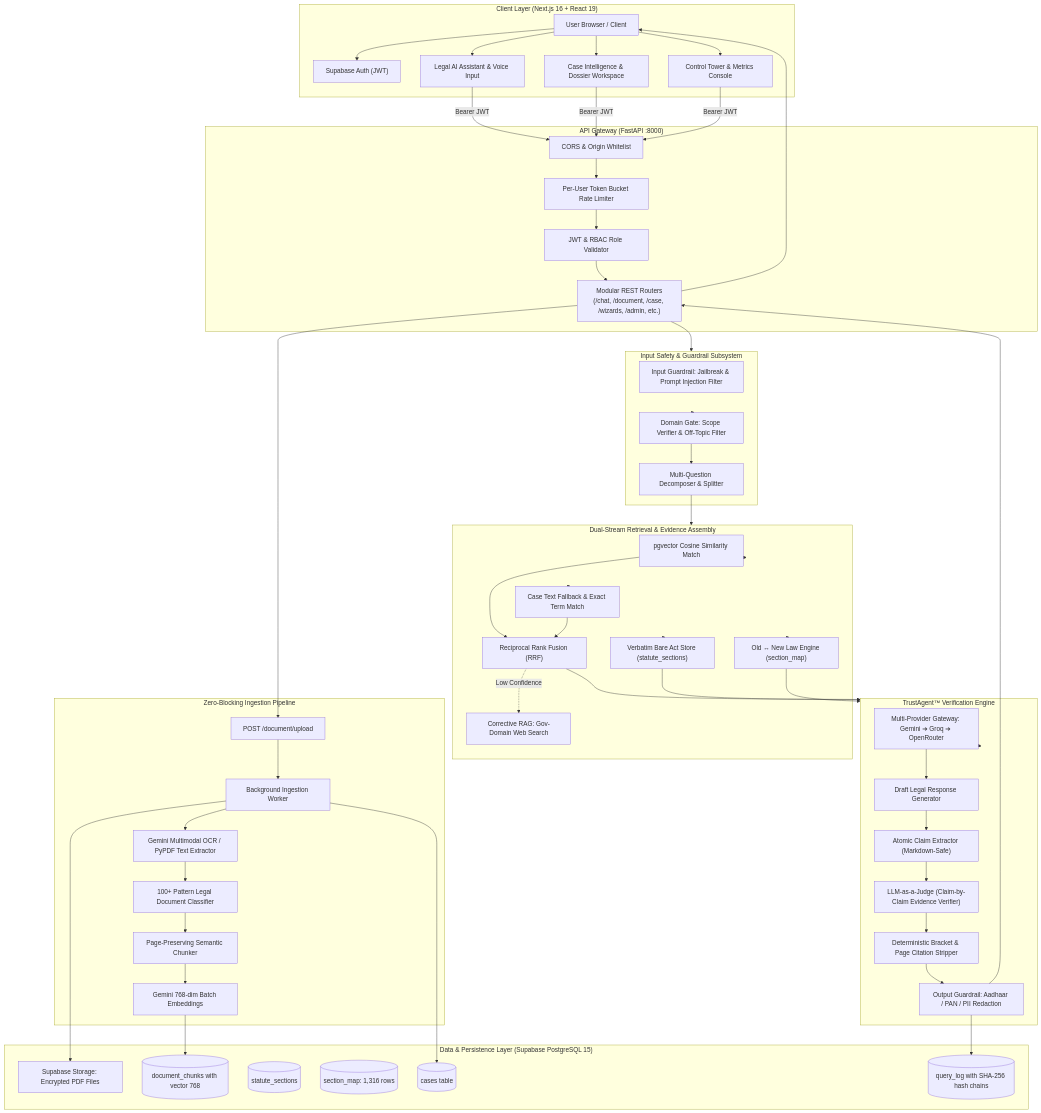
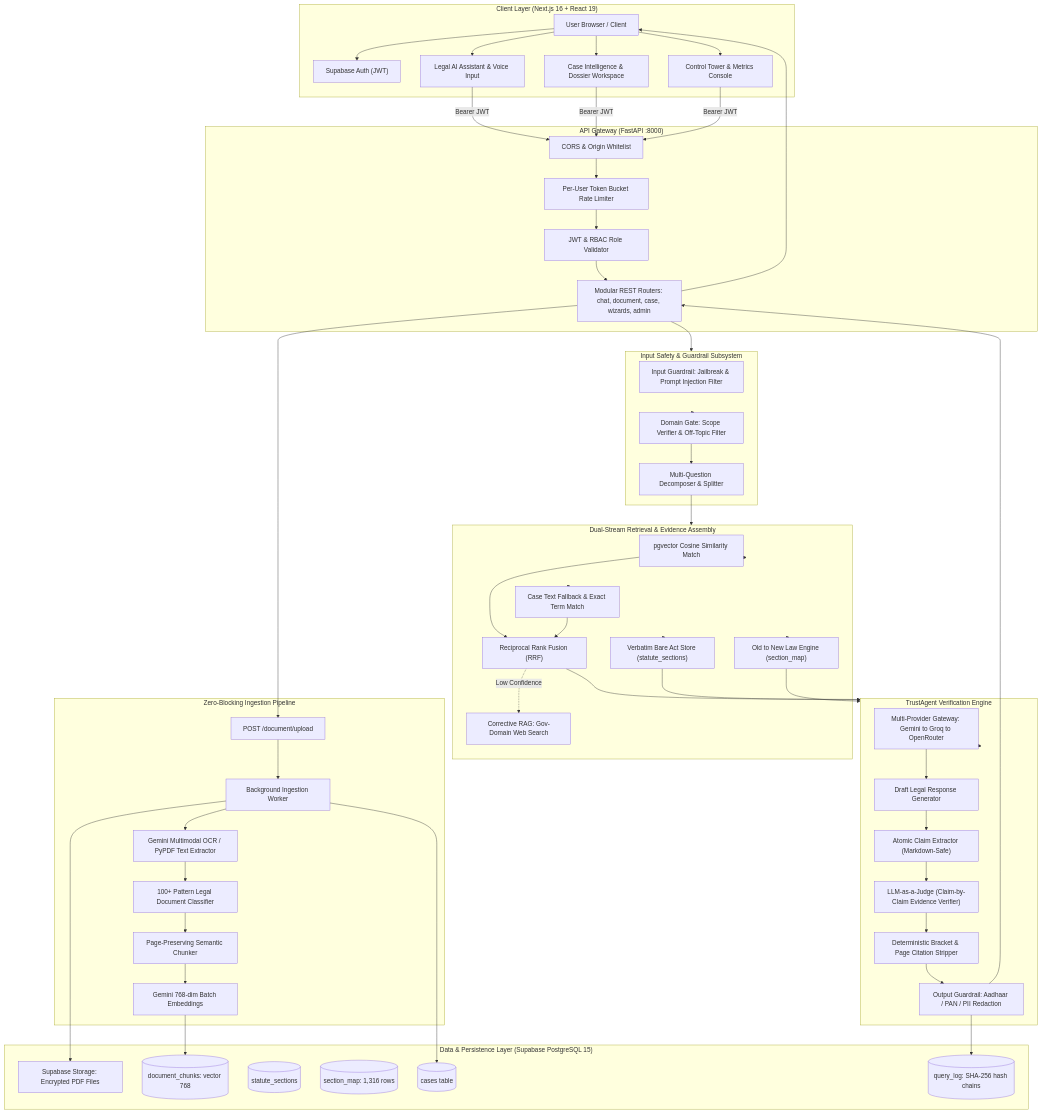
The first of 10 diagrams in README.md (tanisha-64/NyayaPramaan), drawn with Mermaid before and after one commit. The commit also changed other lines of this file, not shown here.

Commit message:
docs: audit and fix all mermaid diagrams, security placeholders, and technical claims

```diff
--- a/README.md
+++ b/README.md
@@ -178,7 +178,7 @@
         Cors["CORS & Origin Whitelist"]
         RateLimit["Per-User Token Bucket Rate Limiter"]
         AuthGuard["JWT & RBAC Role Validator"]
-        Router["Modular REST Routers\n(/chat, /document, /case, /wizards, /admin, etc.)"]
+        Router["Modular REST Routers: chat, document, case, wizards, admin"]
     end
 
     subgraph SecurityPipeline["Input Safety & Guardrail Subsystem"]
@@ -201,12 +201,12 @@
         LexSearch["Case Text Fallback & Exact Term Match"]
         RRF["Reciprocal Rank Fusion (RRF)"]
         StatuteTable["Verbatim Bare Act Store (statute_sections)"]
-        SectionMap["Old ↔ New Law Engine (section_map)"]
+        SectionMap["Old to New Law Engine (section_map)"]
         CRAG["Corrective RAG: Gov-Domain Web Search"]
     end
 
-    subgraph VerificationSubsystem["TrustAgent™ Verification Engine"]
-        LLMGateway["Multi-Provider Gateway: Gemini ➔ Groq ➔ OpenRouter"]
+    subgraph VerificationSubsystem["TrustAgent Verification Engine"]
+        LLMGateway["Multi-Provider Gateway: Gemini to Groq to OpenRouter"]
         DraftLLM["Draft Legal Response Generator"]
         ClaimExt["Atomic Claim Extractor (Markdown-Safe)"]
         LLMJudge["LLM-as-a-Judge (Claim-by-Claim Evidence Verifier)"]
@@ -215,17 +215,22 @@
     end
 
     subgraph StorageLayer["Data & Persistence Layer (Supabase PostgreSQL 15)"]
-        DB_Cases[(cases table)]
-        DB_Chunks[(document_chunks with vector 768)]
-        DB_Statutes[(statute_sections)]
-        DB_Map[(section_map: 1,316 rows)]
-        DB_Log[(query_log with SHA-256 hash chains)]
+        DB_Cases[("cases table")]
+        DB_Chunks[("document_chunks: vector 768")]
+        DB_Statutes[("statute_sections")]
+        DB_Map[("section_map: 1,316 rows")]
+        DB_Log[("query_log: SHA-256 hash chains")]
         CloudStorage["Supabase Storage: Encrypted PDF Files"]
     end
 
     Browser --> AuthUI
-    Browser --> ChatUI & DashUI & AdminUI
-    ChatUI & DashUI & AdminUI -->|Bearer JWT| Cors --> RateLimit --> AuthGuard --> Router
+    Browser --> ChatUI
+    Browser --> DashUI
+    Browser --> AdminUI
+    ChatUI -->|Bearer JWT| Cors
+    DashUI -->|Bearer JWT| Cors
+    AdminUI -->|Bearer JWT| Cors
+    Cors --> RateLimit --> AuthGuard --> Router
 
     Router --> SecurityPipeline
     SecurityPipeline --> DomainGate --> MultiQ
@@ -236,11 +241,17 @@
     BgWorker --> DB_Cases
 
     MultiQ --> HybridRAG
-    HybridRAG --> VecStore & LexSearch --> RRF
-    HybridRAG --> StatuteTable & SectionMap
+    HybridRAG --> VecStore
+    HybridRAG --> LexSearch
+    VecStore --> RRF
+    LexSearch --> RRF
+    HybridRAG --> StatuteTable
+    HybridRAG --> SectionMap
     RRF -.->|Low Confidence| CRAG
 
-    RRF & StatuteTable & SectionMap --> VerificationSubsystem
+    RRF --> VerificationSubsystem
+    StatuteTable --> VerificationSubsystem
+    SectionMap --> VerificationSubsystem
     VerificationSubsystem --> LLMGateway --> DraftLLM --> ClaimExt --> LLMJudge --> CitationChk --> OutGuard
     OutGuard --> DB_Log
     OutGuard --> Router --> Browser
```
